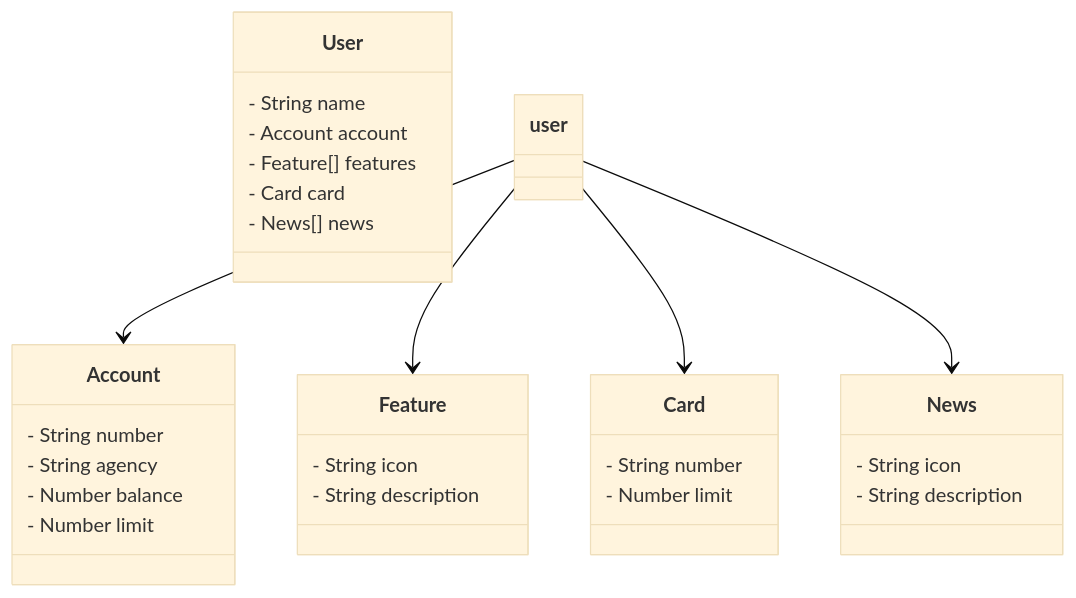
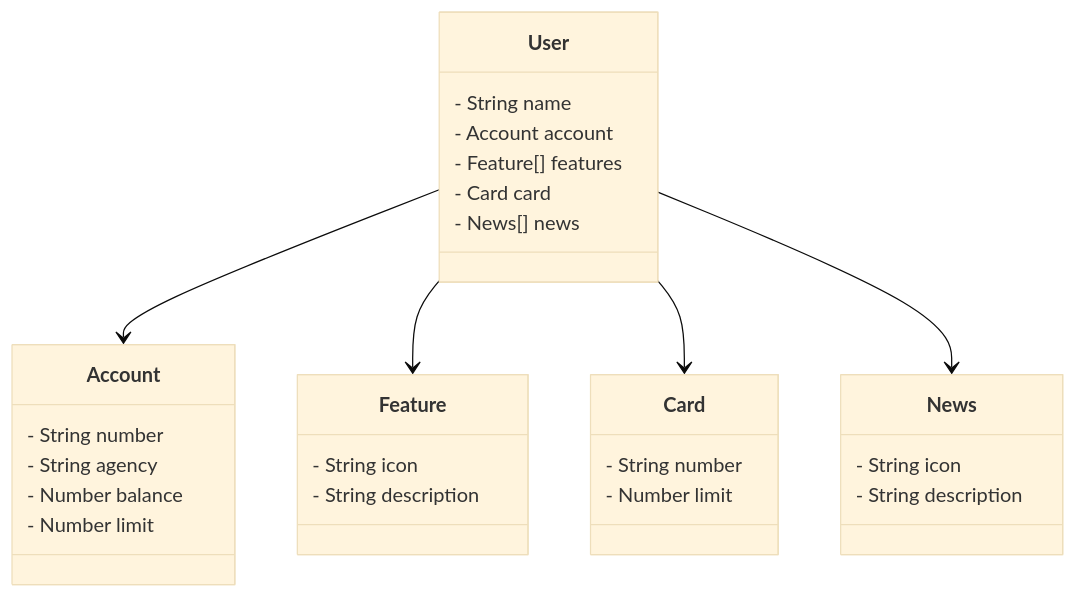
The diagram in README.md (Guilho-19/API-REST-na-nuvem), drawn with Mermaid (base theme) before and after one commit. The commit also changed other lines of this file, not shown here.

````diff
--- a/README.md
+++ b/README.md
@@ -6,38 +6,39 @@
 ```mermaid
 
 classDiagram
   class User {
     - String name
     - Account account
     - Feature[] features
     - Card card
     - News[] news
 }
 
   class Account {
     - String number
     - String agency
     - Number balance
     - Number limit
 }
 
   class Feature {
     - String icon
     - String description
 }
 
   class Card {
     - String number
     - Number limit
 }
 
   class News {
     - String icon
     - String description
 }
 
-  user --> Account
-  user --> Feature
-  user --> Card
-  user --> News
+  User --> Account
+  User --> Feature
+  User --> Card
+  User --> News
+
 ```
````
